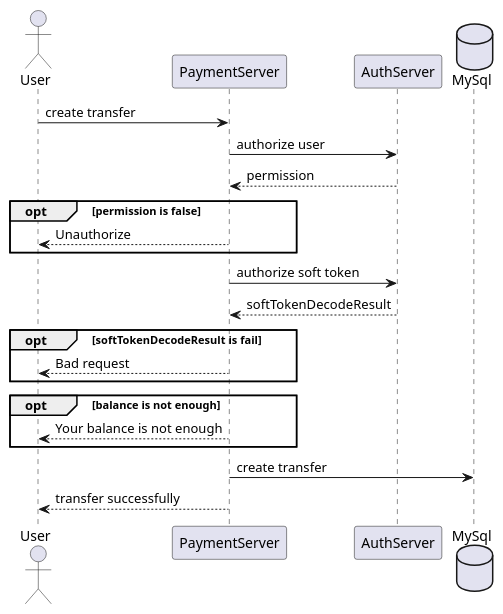
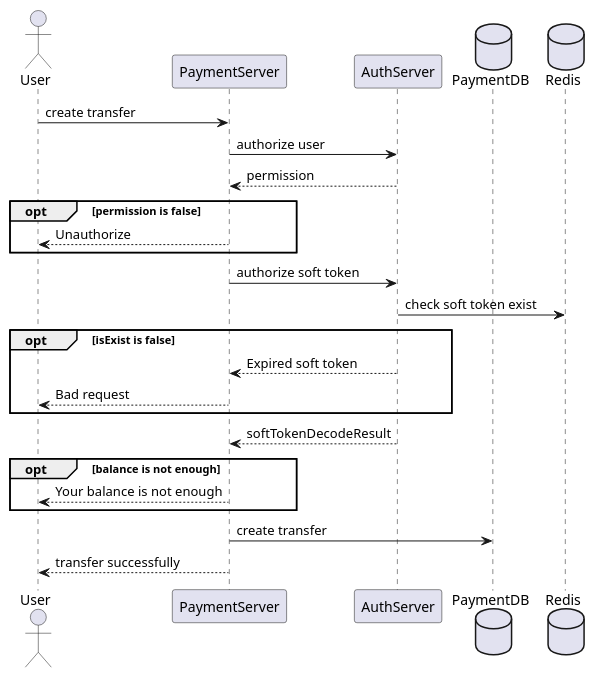
One commit to ntan1902/hey-app changed the diagram in documents/uml/sequence/Transfer.puml. Above: the diagram before and after it, drawn with PlantUML. The commit also changed 2 other files, not shown here.

Commit message:
Fix append expired lucky money

```diff
--- a/documents/uml/sequence/Transfer.puml
+++ b/documents/uml/sequence/Transfer.puml
@@ -2,25 +2,28 @@
 @startuml
 
 actor User
 
 participant PaymentServer
 participant AuthServer
-database MySql
+database PaymentDB
+database Redis
 
 User -> PaymentServer: create transfer
 PaymentServer -> AuthServer: authorize user
 PaymentServer <-- AuthServer: permission
 opt permission is false
     PaymentServer --> User: Unauthorize
 end
 PaymentServer -> AuthServer: authorize soft token
-PaymentServer <-- AuthServer: softTokenDecodeResult
-opt softTokenDecodeResult is fail
+AuthServer -> Redis: check soft token exist
+opt isExist is false 
+    AuthServer --> PaymentServer: Expired soft token
     PaymentServer --> User: Bad request
 end
+PaymentServer <-- AuthServer: softTokenDecodeResult
 opt balance is not enough
     PaymentServer --> User: Your balance is not enough
 end
-PaymentServer -> MySql: create transfer
+PaymentServer -> PaymentDB: create transfer
 PaymentServer --> User: transfer successfully
 @enduml
```
